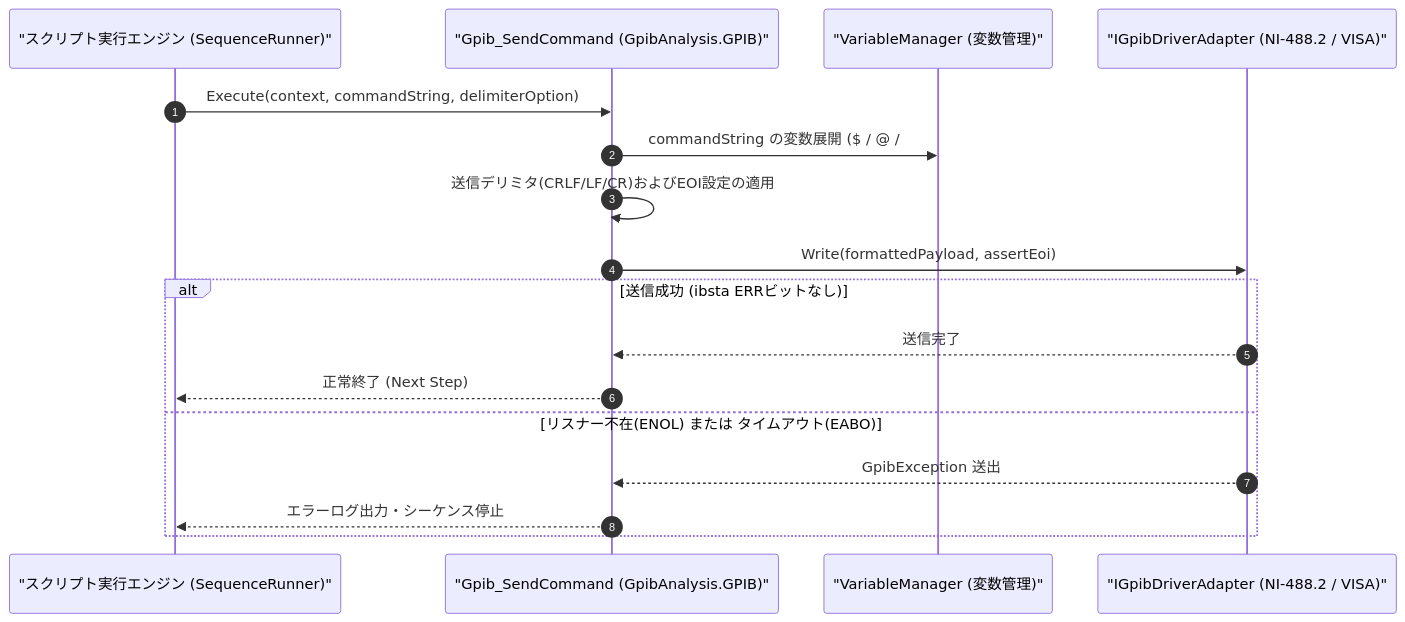
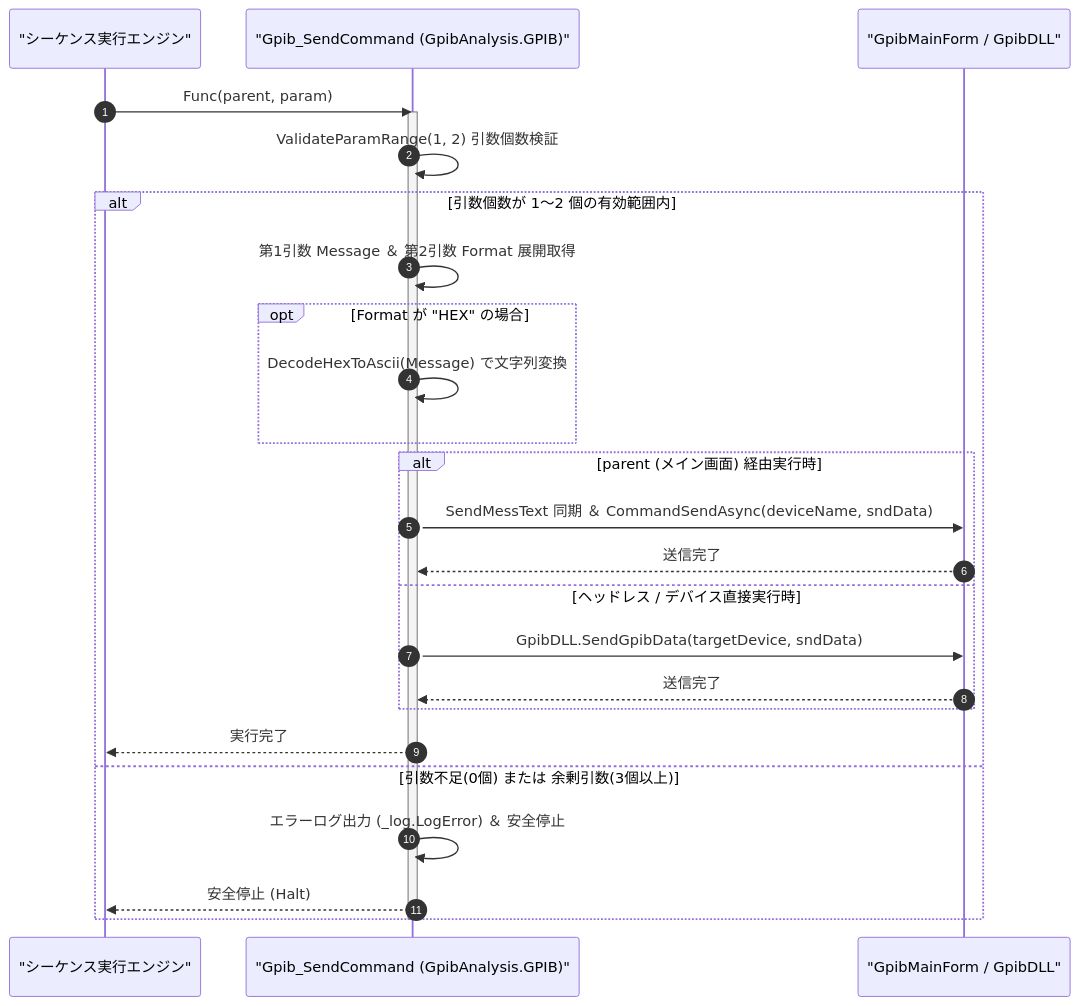
Before and after one commit to Monaca-App/GpibAddIn: the diagram in Manual/GPIB/Gpib_Send.Md, drawn with Mermaid. The commit also changed other lines of this file and 30 other files, not shown here.

````diff
--- a/Manual/GPIB/Gpib_Send.Md
+++ b/Manual/GPIB/Gpib_Send.Md
@@ -72,20 +72,29 @@
 ```mermaid
 sequenceDiagram
     autonumber
-    participant Script as "スクリプト実行エンジン (SequenceRunner)"
+    participant Script as "シーケンス実行エンジン"
     participant Cmd as "Gpib_SendCommand (GpibAnalysis.GPIB)"
-    participant Var as "VariableManager (変数管理)"
-    participant Drv as "IGpibDriverAdapter (NI-488.2 / VISA)"
+    participant Host as "GpibMainForm / GpibDLL"
 
-    Script->>Cmd: Execute(context, commandString, delimiterOption)
-    Cmd->>Var: commandString の変数展開 ($ / @ / #)
-    Cmd->>Cmd: 送信デリミタ(CRLF/LF/CR)およびEOI設定の適用
-    Cmd->>Drv: Write(formattedPayload, assertEoi)
-    alt 送信成功 (ibsta ERRビットなし)
-        Drv-->>Cmd: 送信完了
-        Cmd-->>Script: 正常終了 (Next Step)
-    else リスナー不在(ENOL) または タイムアウト(EABO)
-        Drv-->>Cmd: GpibException 送出
-        Cmd-->>Script: エラーログ出力・シーケンス停止
+    Script->>Cmd: Func(parent, param)
+    activate Cmd
+    Cmd->>Cmd: ValidateParamRange(1, 2) 引数個数検証
+    alt 引数個数が 1〜2 個の有効範囲内
+        Cmd->>Cmd: 第1引数 Message ＆ 第2引数 Format 展開取得
+        opt Format が "HEX" の場合
+            Cmd->>Cmd: DecodeHexToAscii(Message) で文字列変換
+        end
+        alt parent (メイン画面) 経由実行時
+            Cmd->>Host: SendMessText 同期 ＆ CommandSendAsync(deviceName, sndData)
+            Host-->>Cmd: 送信完了
+        else ヘッドレス / デバイス直接実行時
+            Cmd->>Host: GpibDLL.SendGpibData(targetDevice, sndData)
+            Host-->>Cmd: 送信完了
+        end
+        Cmd-->>Script: 実行完了
+    else 引数不足(0個) または 余剰引数(3個以上)
+        Cmd->>Cmd: エラーログ出力 (_log.LogError) ＆ 安全停止
+        Cmd-->>Script: 安全停止 (Halt)
     end
+    deactivate Cmd
 ```
````
